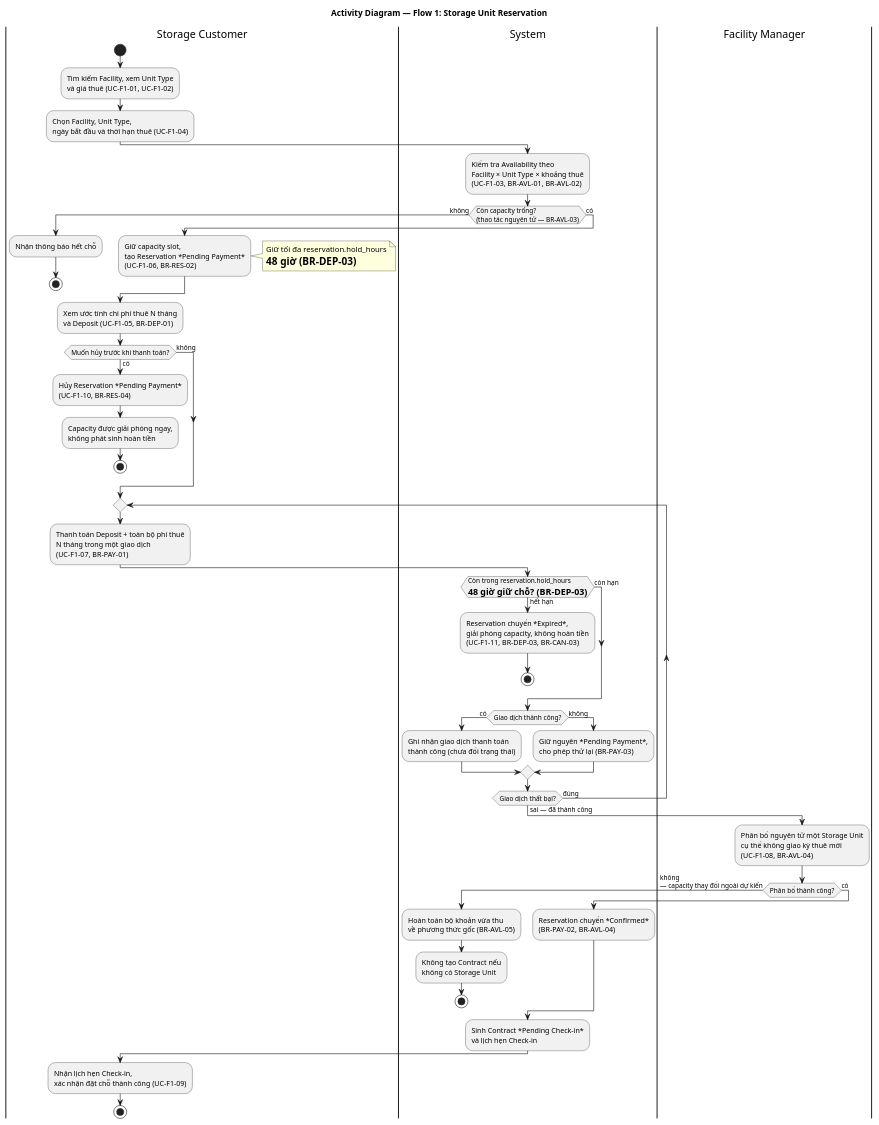
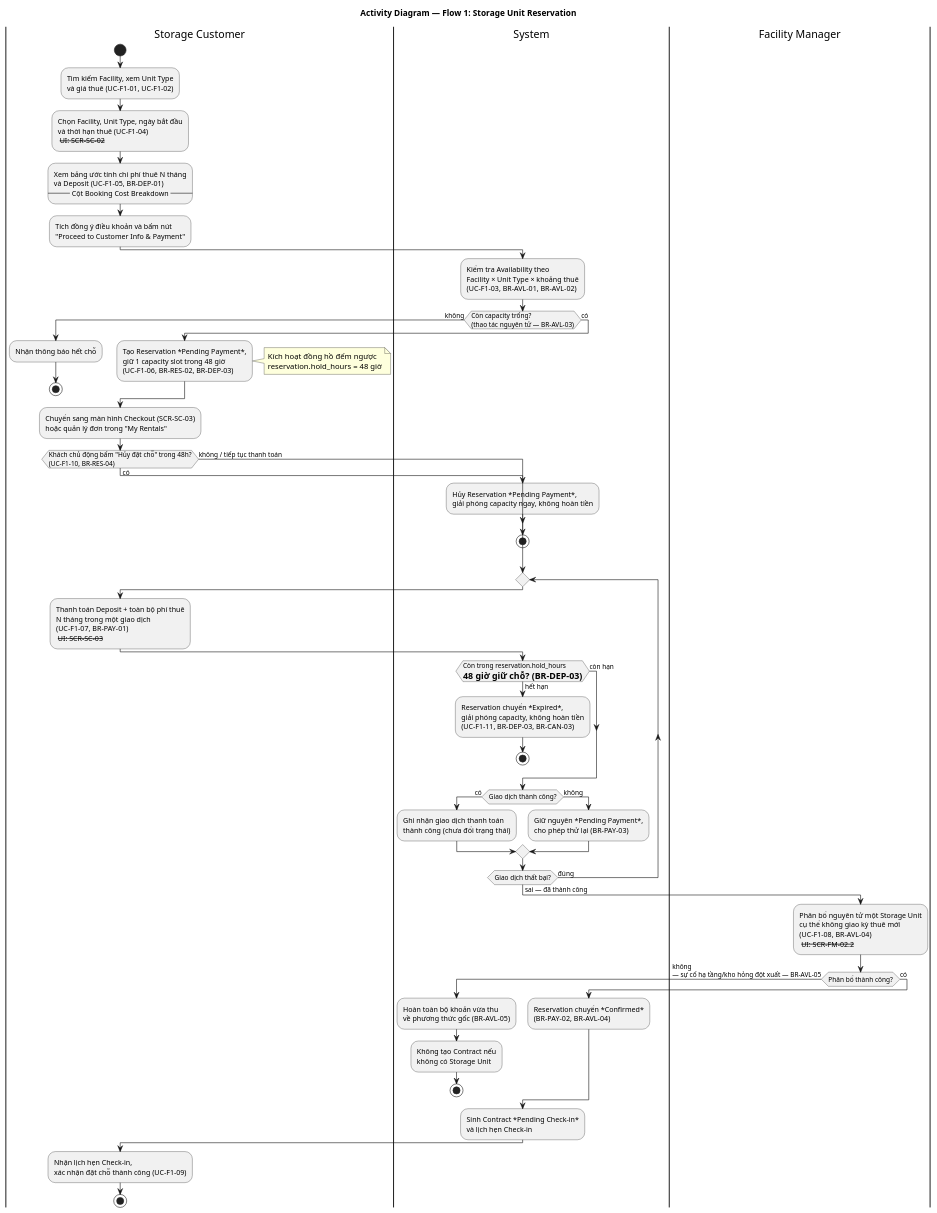
Before and after one commit to Nguyen-Van-Gia-Binh/Self-Storage-Facility-Rental-and-Management-System: the diagram in docs/diagrams/activity-flow-1-booking.puml, drawn with PlantUML. The commit also changed 5 other files, not shown here.

First line of the commit message:
docs(diagram): thêm state machine diagram và cập nhật br-avl-04 (#20)

```diff
--- a/docs/diagrams/activity-flow-1-booking.puml
+++ b/docs/diagrams/activity-flow-1-booking.puml
@@ -1,71 +1,73 @@
 @startuml activity-flow1-reservation
 title Activity Diagram — Flow 1: Storage Unit Reservation
 
 |Storage Customer|
 start
 :Tìm kiếm Facility, xem Unit Type\nvà giá thuê (UC-F1-01, UC-F1-02);
-:Chọn Facility, Unit Type,\nngày bắt đầu và thời hạn thuê (UC-F1-04);
+:Chọn Facility, Unit Type, ngày bắt đầu\nvà thời hạn thuê (UC-F1-04)\n-- UI: SCR-SC-02 --;
+:Xem bảng ước tính chi phí thuê N tháng\nvà Deposit (UC-F1-05, BR-DEP-01)\n-- Cột Booking Cost Breakdown --;
+:Tích đồng ý điều khoản và bấm nút\n"Proceed to Customer Info & Payment";
 
 |System|
 :Kiểm tra Availability theo\nFacility × Unit Type × khoảng thuê\n(UC-F1-03, BR-AVL-01, BR-AVL-02);
 
 if (Còn capacity trống?\n(thao tác nguyên tử — BR-AVL-03)) then (không)
   |Storage Customer|
   :Nhận thông báo hết chỗ;
   stop
 else (có)
-  :Giữ capacity slot,\ntạo Reservation *Pending Payment*\n(UC-F1-06, BR-RES-02);
+  :Tạo Reservation *Pending Payment*,\ngiữ 1 capacity slot trong 48 giờ\n(UC-F1-06, BR-RES-02, BR-DEP-03);
   note right
-    Giữ tối đa reservation.hold_hours
-    = 48 giờ (BR-DEP-03)
+    Kích hoạt đồng hồ đếm ngược
+    reservation.hold_hours = 48 giờ
   end note
 endif
 
 |Storage Customer|
-:Xem ước tính chi phí thuê N tháng\nvà Deposit (UC-F1-05, BR-DEP-01);
+:Chuyển sang màn hình Checkout (SCR-SC-03)\nhoặc quản lý đơn trong "My Rentals";
 
-if (Muốn hủy trước khi thanh toán?) then (có)
-  :Hủy Reservation *Pending Payment*\n(UC-F1-10, BR-RES-04);
-  :Capacity được giải phóng ngay,\nkhông phát sinh hoàn tiền;
+if (Khách chủ động bấm "Hủy đặt chỗ" trong 48h?\n(UC-F1-10, BR-RES-04)) then (có)
+  |System|
+  :Hủy Reservation *Pending Payment*,\ngiải phóng capacity ngay, không hoàn tiền;
   stop
-else (không)
+else (không / tiếp tục thanh toán)
 endif
 
 repeat
   |Storage Customer|
-  :Thanh toán Deposit + toàn bộ phí thuê\nN tháng trong một giao dịch\n(UC-F1-07, BR-PAY-01);
+  :Thanh toán Deposit + toàn bộ phí thuê\nN tháng trong một giao dịch\n(UC-F1-07, BR-PAY-01)\n-- UI: SCR-SC-03 --;
 
   |System|
   if (Còn trong reservation.hold_hours\n= 48 giờ giữ chỗ? (BR-DEP-03)) then (hết hạn)
     :Reservation chuyển *Expired*,\ngiải phóng capacity, không hoàn tiền\n(UC-F1-11, BR-DEP-03, BR-CAN-03);
     stop
   else (còn hạn)
   endif
 
   if (Giao dịch thành công?) then (có)
     :Ghi nhận giao dịch thanh toán\nthành công (chưa đổi trạng thái);
   else (không)
     :Giữ nguyên *Pending Payment*,\ncho phép thử lại (BR-PAY-03);
   endif
 repeat while (Giao dịch thất bại?) is (đúng) not (sai — đã thành công)
 
 |Facility Manager|
-:Phân bổ nguyên tử một Storage Unit\ncụ thể không giao kỳ thuê mới\n(UC-F1-08, BR-AVL-04);
+:Phân bổ nguyên tử một Storage Unit\ncụ thể không giao kỳ thuê mới\n(UC-F1-08, BR-AVL-04)\n-- UI: SCR-FM-02.2 --;
 
-if (Phân bổ thành công?) then (không\n— capacity thay đổi ngoài dự kiến)
+if (Phân bổ thành công?) then (không\n— sự cố hạ tầng/kho hỏng đột xuất — BR-AVL-05)
   |System|
   :Hoàn toàn bộ khoản vừa thu\nvề phương thức gốc (BR-AVL-05);
   :Không tạo Contract nếu\nkhông có Storage Unit;
   stop
 else (có)
   :Reservation chuyển *Confirmed*\n(BR-PAY-02, BR-AVL-04);
 endif
 
 |System|
 :Sinh Contract *Pending Check-in*\nvà lịch hẹn Check-in;
 
 |Storage Customer|
 :Nhận lịch hẹn Check-in,\nxác nhận đặt chỗ thành công (UC-F1-09);
 stop
 
 @enduml
```
